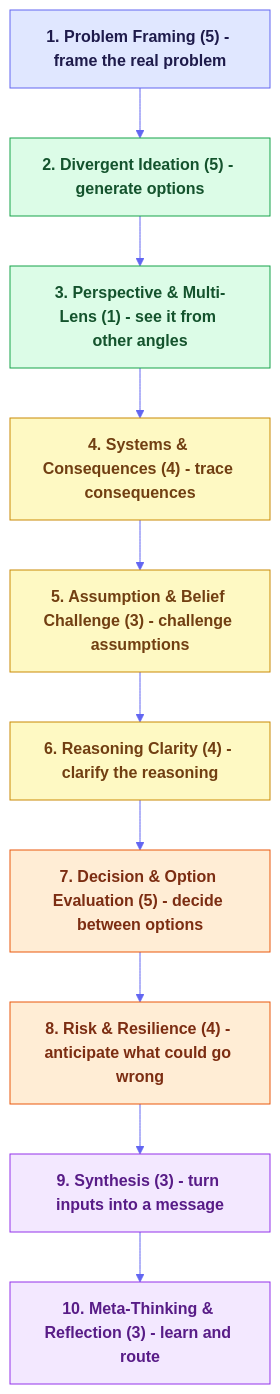
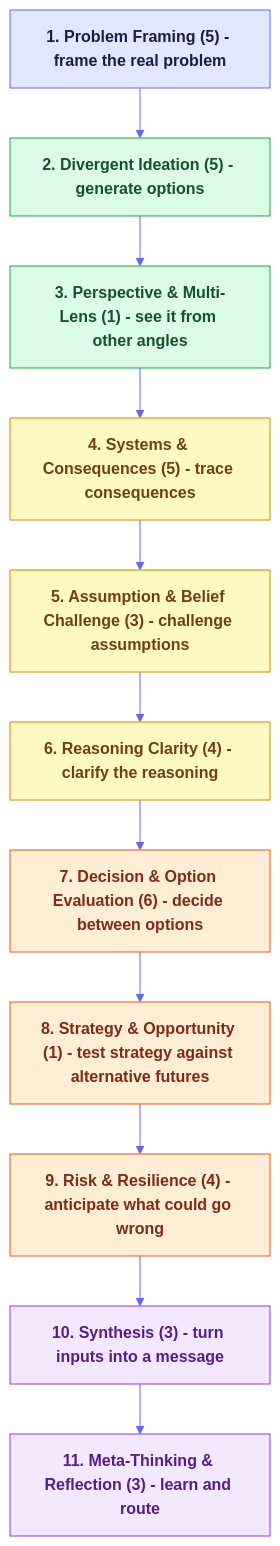
Before and after one commit to product-on-purpose/thinking-framework-skills: the first of 2 diagrams in README.md, drawn with Mermaid. The commit also changed other lines of this file and 44 other files, not shown here.

````diff
--- a/README.md
+++ b/README.md
@@ -129,22 +129,23 @@
 ```mermaid
 %%{init: {'theme':'base','themeVariables':{'primaryColor':'#eef2ff','primaryBorderColor':'#c7d2fe','lineColor':'#6366f1','fontFamily':'system-ui, sans-serif'}}}%%
 flowchart TB
     classDef frame fill:#e0e7ff,stroke:#6366f1,color:#1e1b4b,font-weight:bold
     classDef gen fill:#dcfce7,stroke:#16a34a,color:#14532d,font-weight:bold
     classDef analyze fill:#fef9c3,stroke:#ca8a04,color:#713f12,font-weight:bold
     classDef decide fill:#ffedd5,stroke:#ea580c,color:#7c2d12,font-weight:bold
     classDef reflect fill:#f3e8ff,stroke:#9333ea,color:#581c87,font-weight:bold
 
     PF["1. Problem Framing (5) - frame the real problem"]:::frame
     DI["2. Divergent Ideation (5) - generate options"]:::gen
     PM["3. Perspective & Multi-Lens (1) - see it from other angles"]:::gen
-    SC["4. Systems & Consequences (4) - trace consequences"]:::analyze
+    SC["4. Systems & Consequences (5) - trace consequences"]:::analyze
     AB["5. Assumption & Belief Challenge (3) - challenge assumptions"]:::analyze
     RC["6. Reasoning Clarity (4) - clarify the reasoning"]:::analyze
-    DO["7. Decision & Option Evaluation (5) - decide between options"]:::decide
-    RR["8. Risk & Resilience (4) - anticipate what could go wrong"]:::decide
-    SY["9. Synthesis (3) - turn inputs into a message"]:::reflect
-    MR["10. Meta-Thinking & Reflection (3) - learn and route"]:::reflect
+    DO["7. Decision & Option Evaluation (6) - decide between options"]:::decide
+    SO["8. Strategy & Opportunity (1) - test strategy against alternative futures"]:::decide
+    RR["9. Risk & Resilience (4) - anticipate what could go wrong"]:::decide
+    SY["10. Synthesis (3) - turn inputs into a message"]:::reflect
+    MR["11. Meta-Thinking & Reflection (3) - learn and route"]:::reflect
 
-    PF --> DI --> PM --> SC --> AB --> RC --> DO --> RR --> SY --> MR
+    PF --> DI --> PM --> SC --> AB --> RC --> DO --> SO --> RR --> SY --> MR
 ```
````
